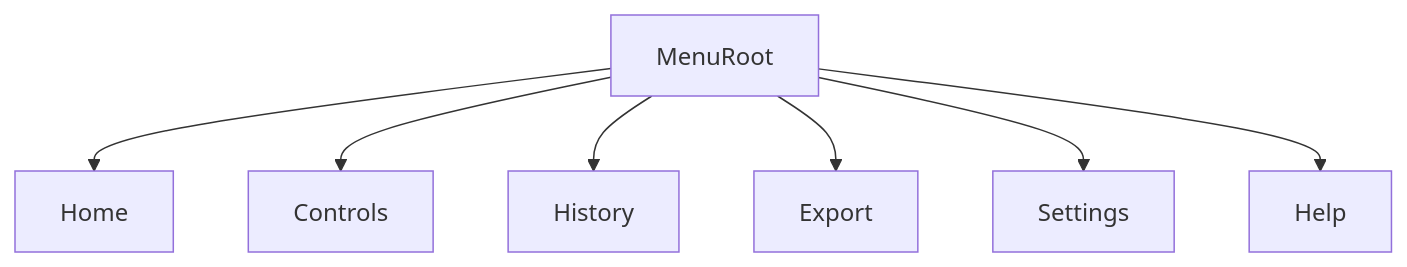
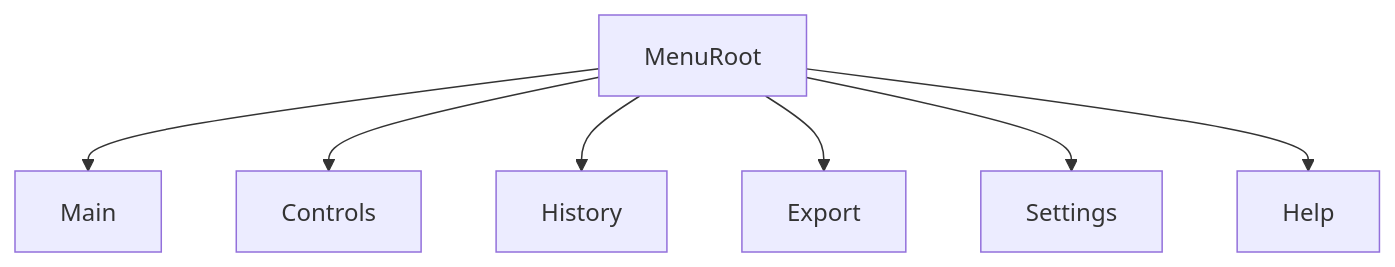
Before and after one commit to shahzebqazi/vst-ui: the second of 4 diagrams in docs/MOCKUPS.md, drawn with Mermaid. The commit also changed 7 other files, not shown here.

````diff
--- a/docs/MOCKUPS.md
+++ b/docs/MOCKUPS.md
@@ -16,16 +16,16 @@
 ```mermaid
 flowchart TB
   menuRoot[MenuRoot]
-  homeMenu[Home]
+  mainMenu[Main]
   controlsMenu[Controls]
   historyMenu[History]
   exportMenu[Export]
   settingsMenu[Settings]
   helpMenu[Help]
-  menuRoot --> homeMenu
+  menuRoot --> mainMenu
   menuRoot --> controlsMenu
   menuRoot --> historyMenu
   menuRoot --> exportMenu
   menuRoot --> settingsMenu
   menuRoot --> helpMenu
 ```
````
